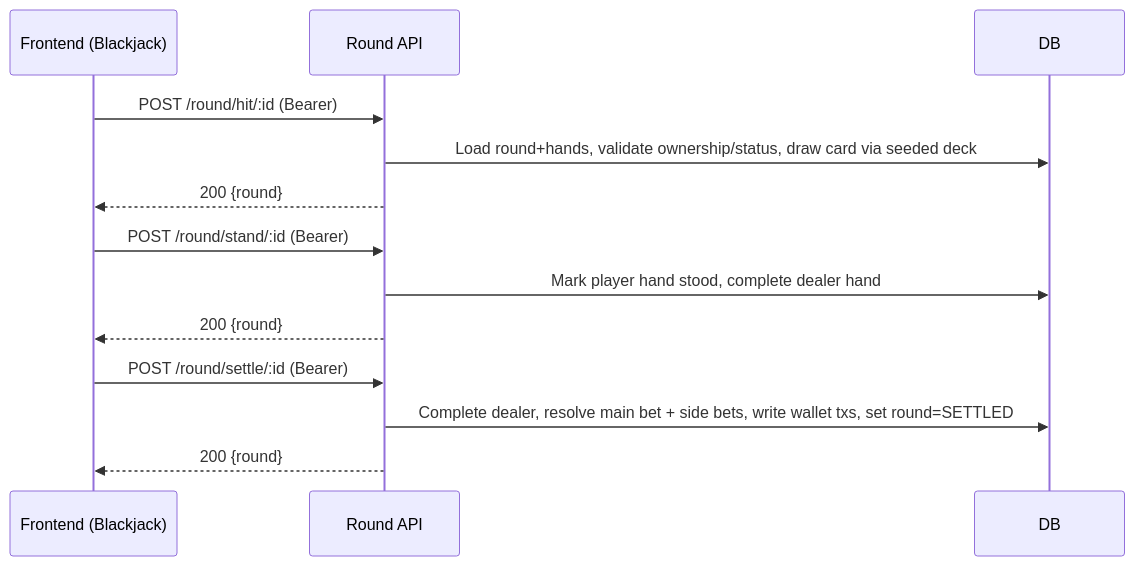
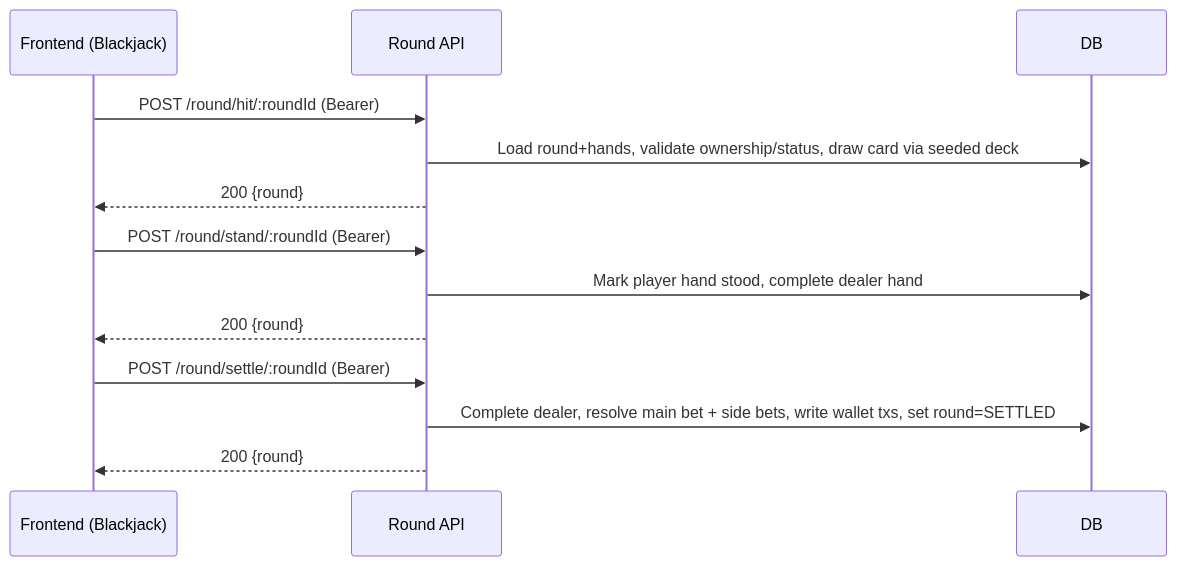
The first of 2 diagrams in docs/UseCases/UC7_Spielzeug_ausfuehren.md (JustinKaram14/BetCeption), drawn with Mermaid before and after one commit. The commit also changed other lines of this file and 57 other files, not shown here.

Commit message:
Mermaid Diagramme, UCRS ergänzt und erstellt, pngs gelöscht

````diff
--- a/docs/UseCases/UC7_Spielzeug_ausfuehren.md
+++ b/docs/UseCases/UC7_Spielzeug_ausfuehren.md
@@ -20,15 +54,18 @@
 ```mermaid
 sequenceDiagram
   participant FE as Frontend (Blackjack)
   participant API as Round API
   participant DB as DB
-  FE->>API: POST /round/hit/:id (Bearer)
+
+  FE->>API: POST /round/hit/:roundId (Bearer)
   API->>DB: Load round+hands, validate ownership/status, draw card via seeded deck
   API-->>FE: 200 {round}
-  FE->>API: POST /round/stand/:id (Bearer)
+
+  FE->>API: POST /round/stand/:roundId (Bearer)
   API->>DB: Mark player hand stood, complete dealer hand
   API-->>FE: 200 {round}
-  FE->>API: POST /round/settle/:id (Bearer)
+
+  FE->>API: POST /round/settle/:roundId (Bearer)
   API->>DB: Complete dealer, resolve main bet + side bets, write wallet txs, set round=SETTLED
   API-->>FE: 200 {round}
 ```
````
